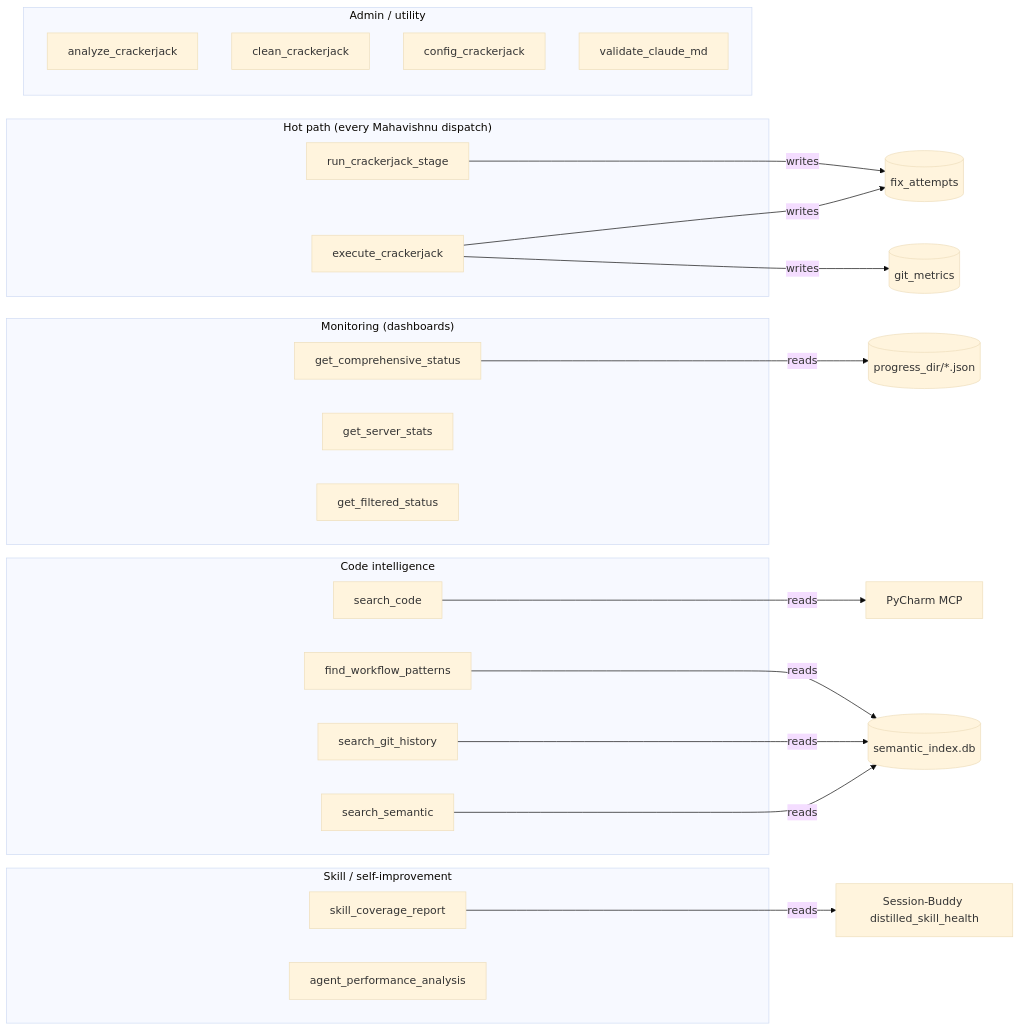
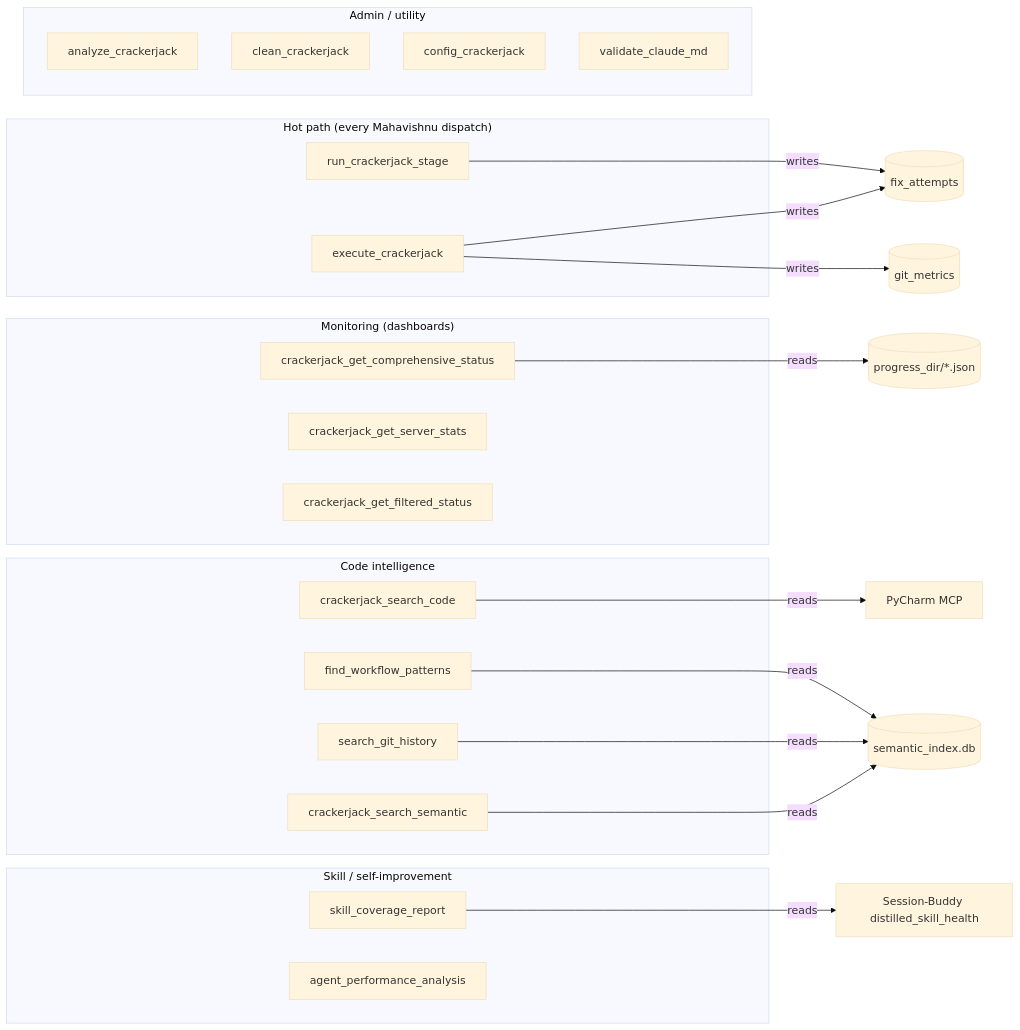
Before and after one commit to lesleslie/crackerjack: the fourth of 6 diagrams in docs/architecture/MEMORY_ARCHITECTURE.md, drawn with Mermaid (base theme). The commit also changed other lines of this file and 40 other files, not shown here.

````diff
--- a/docs/architecture/MEMORY_ARCHITECTURE.md
+++ b/docs/architecture/MEMORY_ARCHITECTURE.md
@@ -382,37 +382,37 @@
 ```mermaid
 flowchart LR
     subgraph HOT["Hot path (every Mahavishnu dispatch)"]
         Q1[execute_crackerjack]
         Q2[run_crackerjack_stage]
     end
     subgraph MON["Monitoring (dashboards)"]
-        Q3[get_comprehensive_status]
-        Q4[get_server_stats]
-        Q5[get_filtered_status]
+        Q3[crackerjack_get_comprehensive_status]
+        Q4[crackerjack_get_server_stats]
+        Q5[crackerjack_get_filtered_status]
     end
     subgraph CODE["Code intelligence"]
-        Q6[search_code]
-        Q7[search_semantic]
+        Q6[crackerjack_search_code]
+        Q7[crackerjack_search_semantic]
         Q8[search_git_history]
         Q9[find_workflow_patterns]
     end
     subgraph SKILL["Skill / self-improvement"]
         Q12[skill_coverage_report]
         Q13[agent_performance_analysis]
     end
     subgraph ADM["Admin / utility"]
         Q14[analyze_crackerjack]
         Q15[clean_crackerjack]
         Q16[config_crackerjack]
         Q17[validate_claude_md]
     end
     Q1 -->|writes| fixattempts[(fix_attempts)]
     Q1 -->|writes| gitmetrics[(git_metrics)]
     Q2 -->|writes| fixattempts
     Q12 -->|reads| SBdistilled[Session-Buddy distilled_skill_health]
     Q3 -->|reads| progress[(progress_dir/*.json)]
     Q6 -->|reads| pycharm[PyCharm MCP]
     Q7 -->|reads| semantic[(semantic_index.db)]
     Q8 -->|reads| semantic
     Q9 -->|reads| semantic
 ```
````
